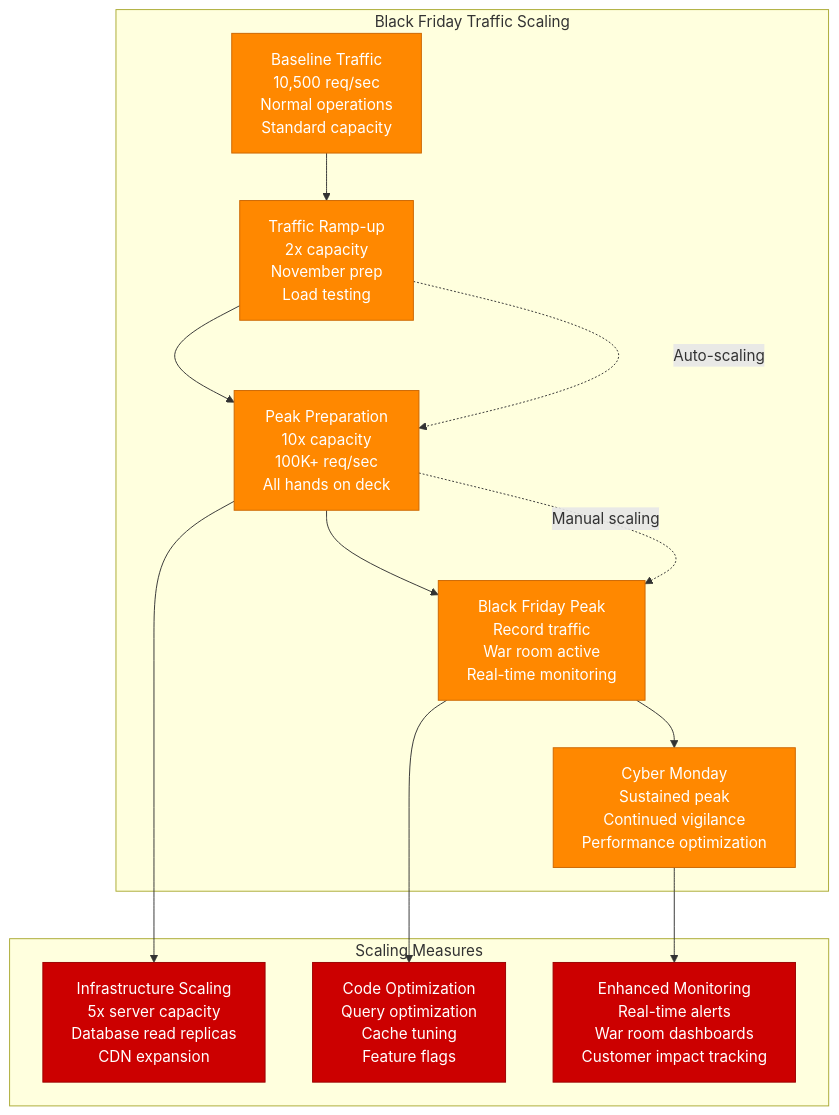
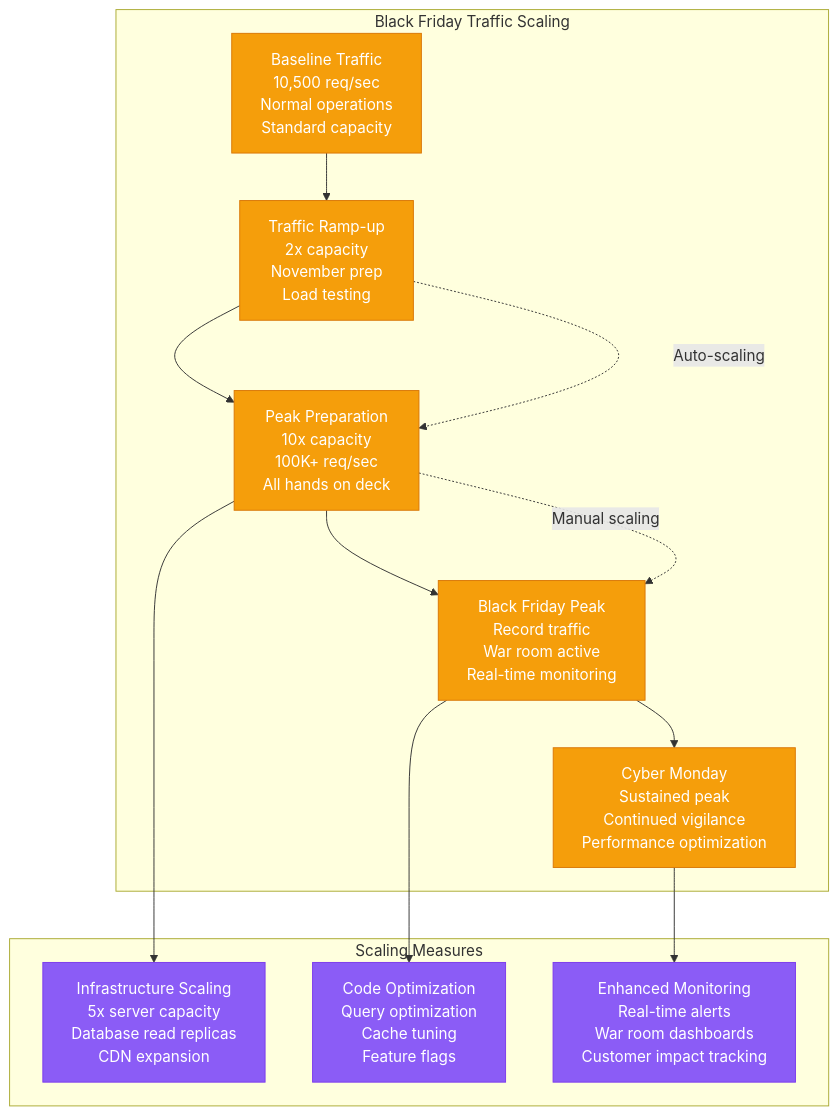
The sixth of 6 diagrams in site/docs/systems/shopify/request-flow.md (deepaucksharma/DS), drawn with Mermaid before and after one commit. The commit also changed other lines of this file and 303 other files, not shown here.

````diff
--- a/site/docs/systems/shopify/request-flow.md
+++ b/site/docs/systems/shopify/request-flow.md
@@ -362,43 +362,43 @@
 ```mermaid
 graph TB
     subgraph "Black Friday Traffic Scaling"
         BASELINE[Baseline Traffic<br/>10,500 req/sec<br/>Normal operations<br/>Standard capacity]
 
         RAMPUP[Traffic Ramp-up<br/>2x capacity<br/>November prep<br/>Load testing]
 
         PEAK_PREP[Peak Preparation<br/>10x capacity<br/>100K+ req/sec<br/>All hands on deck]
 
         BLACK_FRIDAY[Black Friday Peak<br/>Record traffic<br/>War room active<br/>Real-time monitoring]
 
         CYBER_MONDAY[Cyber Monday<br/>Sustained peak<br/>Continued vigilance<br/>Performance optimization]
 
         %% Traffic progression
         BASELINE --> RAMPUP
         RAMPUP --> PEAK_PREP
         PEAK_PREP --> BLACK_FRIDAY
         BLACK_FRIDAY --> CYBER_MONDAY
 
         %% Scaling actions
         RAMPUP -.->|Auto-scaling| PEAK_PREP
         PEAK_PREP -.->|Manual scaling| BLACK_FRIDAY
     end
 
     subgraph "Scaling Measures"
         INFRASTRUCTURE[Infrastructure Scaling<br/>5x server capacity<br/>Database read replicas<br/>CDN expansion]
 
         OPTIMIZATION[Code Optimization<br/>Query optimization<br/>Cache tuning<br/>Feature flags]
 
         MONITORING[Enhanced Monitoring<br/>Real-time alerts<br/>War room dashboards<br/>Customer impact tracking]
     end
 
     PEAK_PREP --> INFRASTRUCTURE
     BLACK_FRIDAY --> OPTIMIZATION
     CYBER_MONDAY --> MONITORING
 
     %% Apply scaling colors
-    classDef trafficStyle fill:#FF8800,stroke:#CC6600,color:#fff
-    classDef scalingStyle fill:#CC0000,stroke:#990000,color:#fff
+    classDef trafficStyle fill:#F59E0B,stroke:#D97706,color:#fff
+    classDef scalingStyle fill:#8B5CF6,stroke:#7C3AED,color:#fff
 
     class BASELINE,RAMPUP,PEAK_PREP,BLACK_FRIDAY,CYBER_MONDAY trafficStyle
     class INFRASTRUCTURE,OPTIMIZATION,MONITORING scalingStyle
 ```
````
